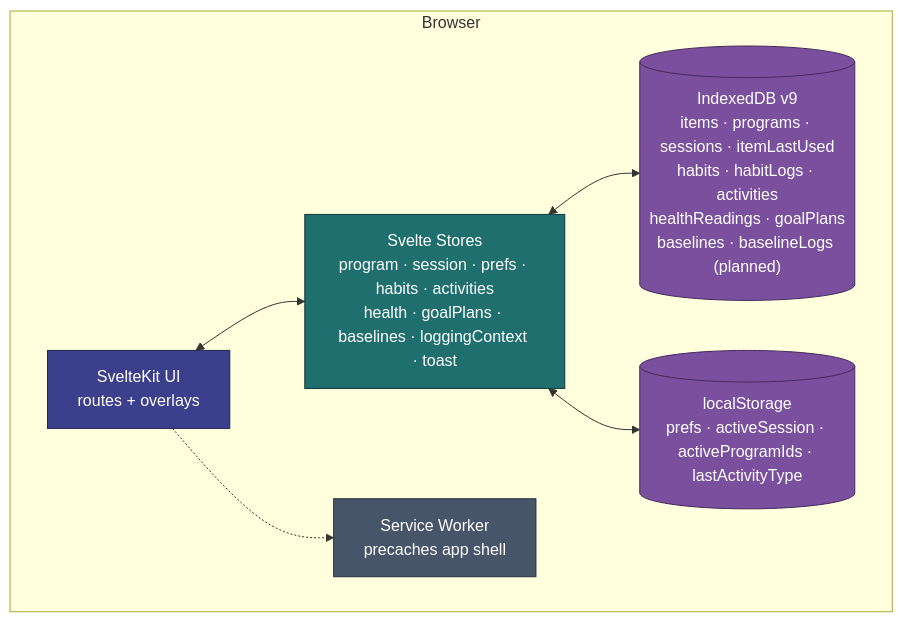
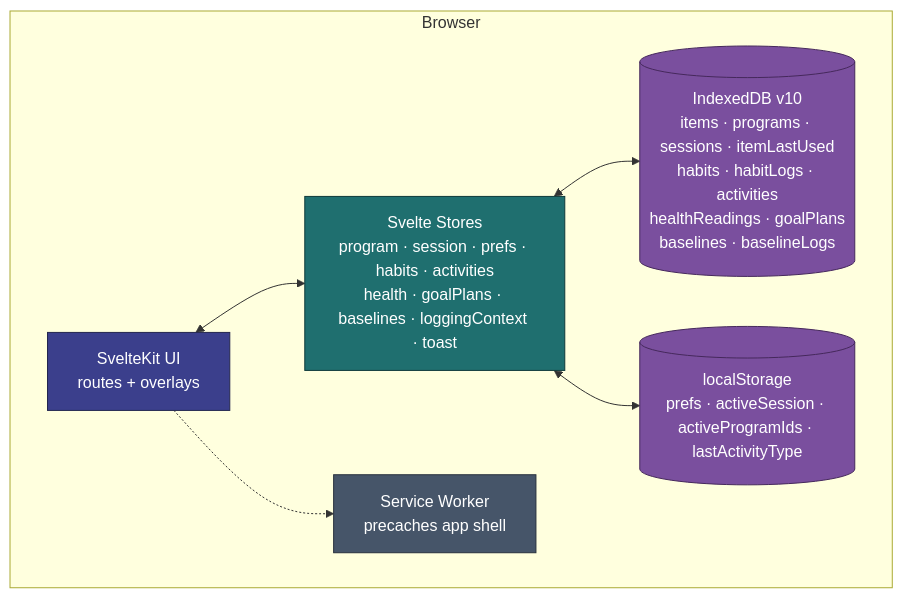
The first of 6 diagrams in docs/architecture/overview.md (jermbo/CosmicWorkOut), drawn with Mermaid before and after one commit. The commit also changed other lines of this file and 31 other files, not shown here.

````diff
--- a/docs/architecture/overview.md
+++ b/docs/architecture/overview.md
@@ -9,24 +9,24 @@
 ```mermaid
 flowchart TB
     subgraph browser ["Browser"]
         UI["SvelteKit UI\nroutes + overlays"]
         Stores["Svelte Stores\nprogram · session · prefs · habits · activities\nhealth · goalPlans · baselines · loggingContext · toast"]
-        IDB[("IndexedDB v9\nitems · programs · sessions · itemLastUsed\nhabits · habitLogs · activities\nhealthReadings · goalPlans\nbaselines · baselineLogs (planned)")]
+        IDB[("IndexedDB v10\nitems · programs · sessions · itemLastUsed\nhabits · habitLogs · activities\nhealthReadings · goalPlans\nbaselines · baselineLogs")]
         LS[("localStorage\nprefs · activeSession · activeProgramIds · lastActivityType")]
         SW["Service Worker\nprecaches app shell"]
     end
 
     UI <--> Stores
     Stores <--> IDB
     Stores <--> LS
     UI -.-> SW
 
     classDef ui fill:#3b3f8c,stroke:#23264f,color:#ffffff;
     classDef state fill:#1f6f6f,stroke:#0f3a3a,color:#ffffff;
     classDef store fill:#7a4f9e,stroke:#46295c,color:#ffffff;
     classDef worker fill:#465569,stroke:#28313e,color:#ffffff;
     class UI ui;
     class Stores state;
     class IDB,LS store;
     class SW worker;
 ```
````
